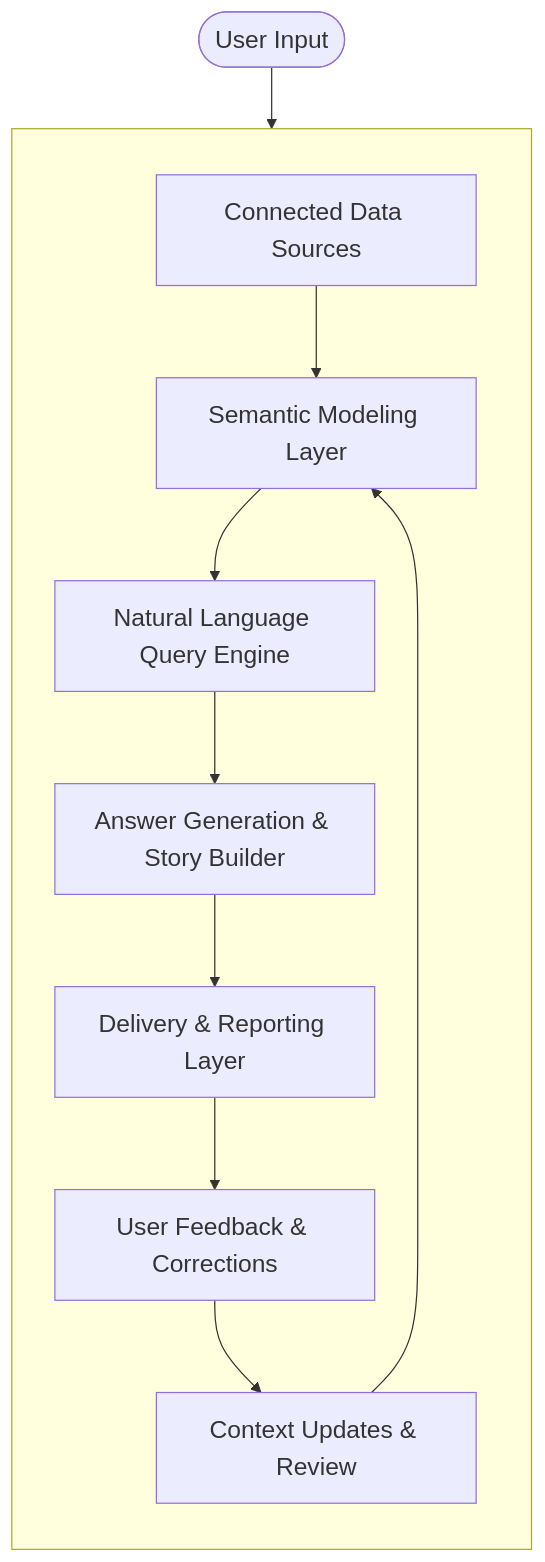
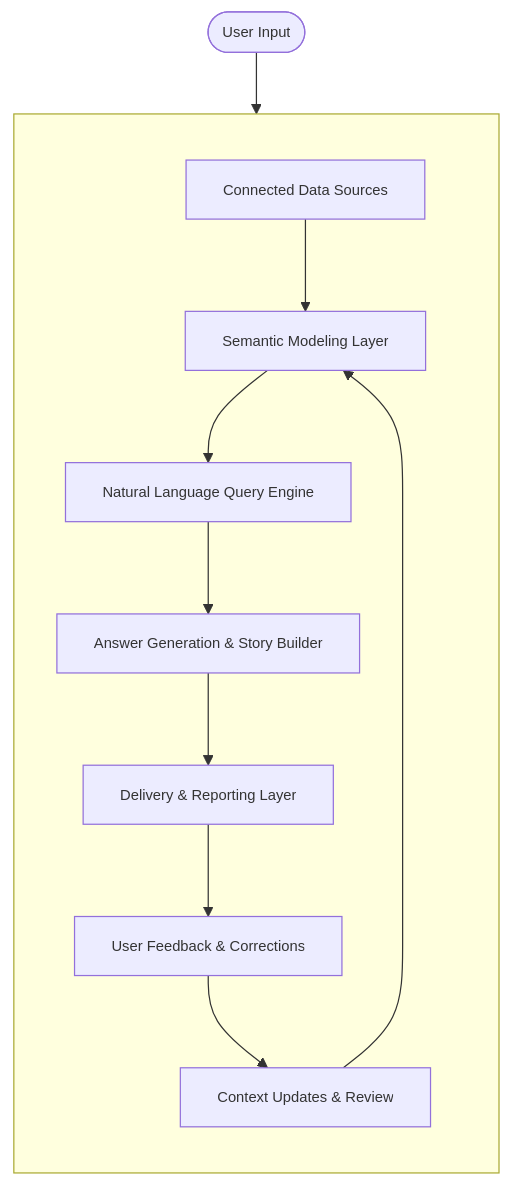
Before and after one commit to soham-wisdom/docs: the diagram in getting-started/how-wisdom-ai-works.mdx, drawn with Mermaid.

Commit message:
Documentation edits made through Mintlify web editor

````diff
--- a/getting-started/how-wisdom-ai-works.mdx
+++ b/getting-started/how-wisdom-ai-works.mdx
@@ -63,16 +63,16 @@
 ```mermaid
-%%{ init: { 'themeVariables': { 'fontSize': '20px' } } }%%
+%%{ init: { 'themeVariables': { 'fontSize': '12px' } } }%%
 flowchart TD
   subgraph Data_Pipeline [ ]
     direction TB
     A[Connected Data Sources] --> B[Semantic Modeling Layer]
     B --> C[Natural Language Query Engine]
     C --> D[Answer Generation & Story Builder]
     D --> E[Delivery & Reporting Layer]
     E --> F[User Feedback & Corrections]
     F --> G[Context Updates & Review]
     G --> B
   end
 
   UserInput([User Input]) --> A
 ```
````
